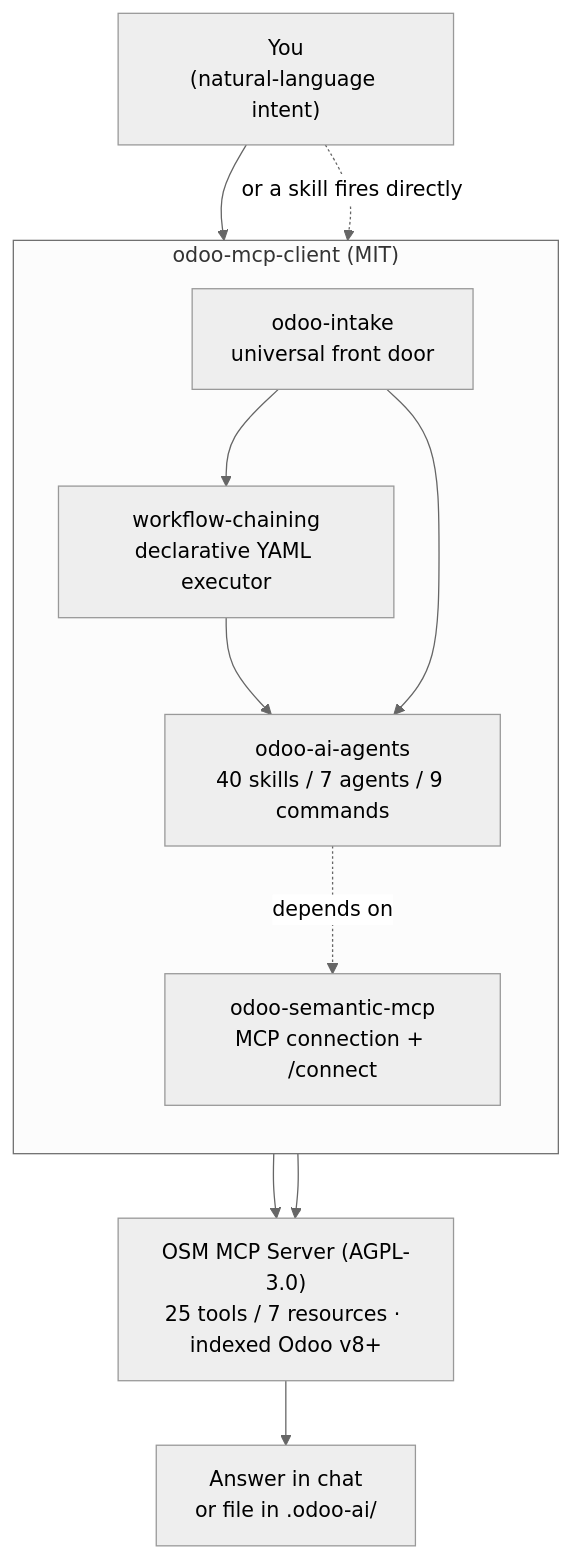
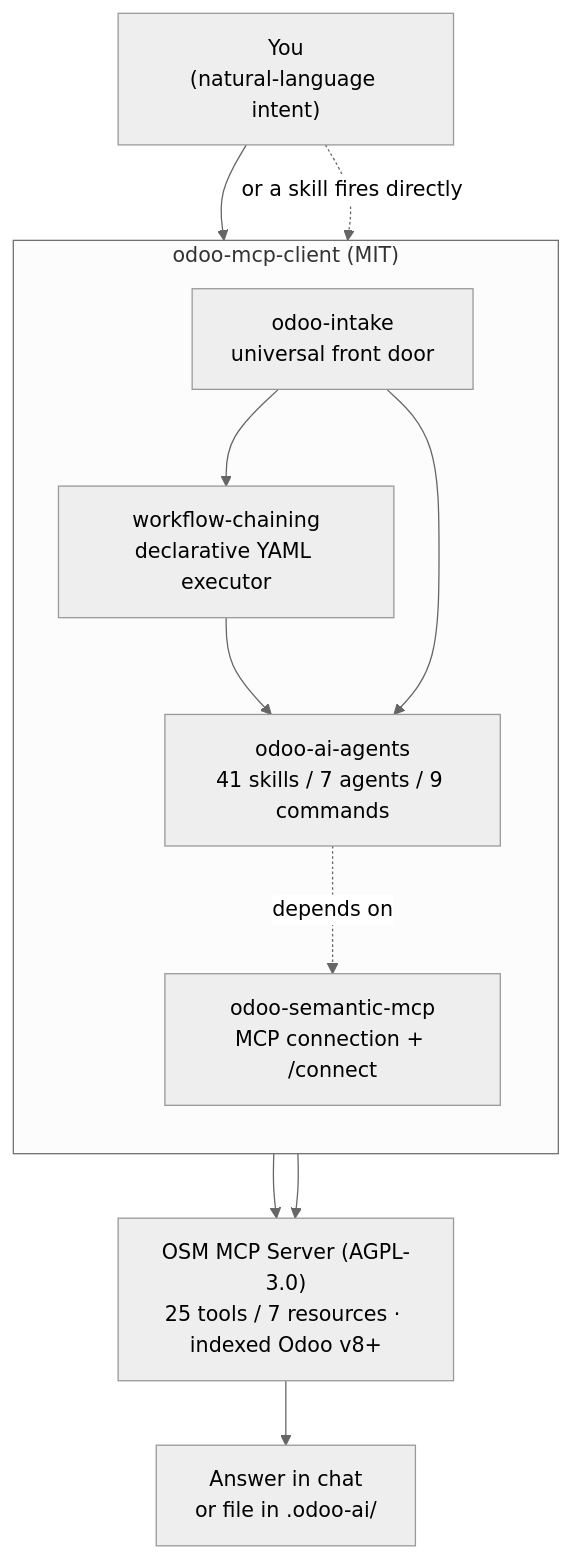
One commit to Viindoo/odoo-mcp-client changed the diagram in README.md. Above: the diagram before and after it, drawn with Mermaid (neutral theme). The commit also changed other lines of this file and 39 other files, not shown here.

````diff
--- a/README.md
+++ b/README.md
@@ -13,24 +13,24 @@
 ```mermaid
 flowchart TB
     You["You<br/>(natural-language intent)"]
 
     subgraph client["odoo-mcp-client (MIT)"]
         direction TB
         odoo_intake["odoo-intake<br/>universal front door"]
         wfrunner["workflow-chaining<br/>declarative YAML executor"]
-        skills["odoo-ai-agents<br/>40 skills / 7 agents / 9 commands"]
+        skills["odoo-ai-agents<br/>41 skills / 7 agents / 9 commands"]
         mcp["odoo-semantic-mcp<br/>MCP connection + /connect"]
         odoo_intake --> wfrunner --> skills
         odoo_intake --> skills
         skills -. "depends on" .-> mcp
     end
 
     server["OSM MCP Server (AGPL-3.0)<br/>25 tools / 7 resources · indexed Odoo v8+"]
     out["Answer in chat<br/>or file in .odoo-ai/"]
 
     You --> odoo_intake
     You -. "or a skill fires directly" .-> skills
     skills --> server
     mcp --> server
     server --> out
 ```
````
